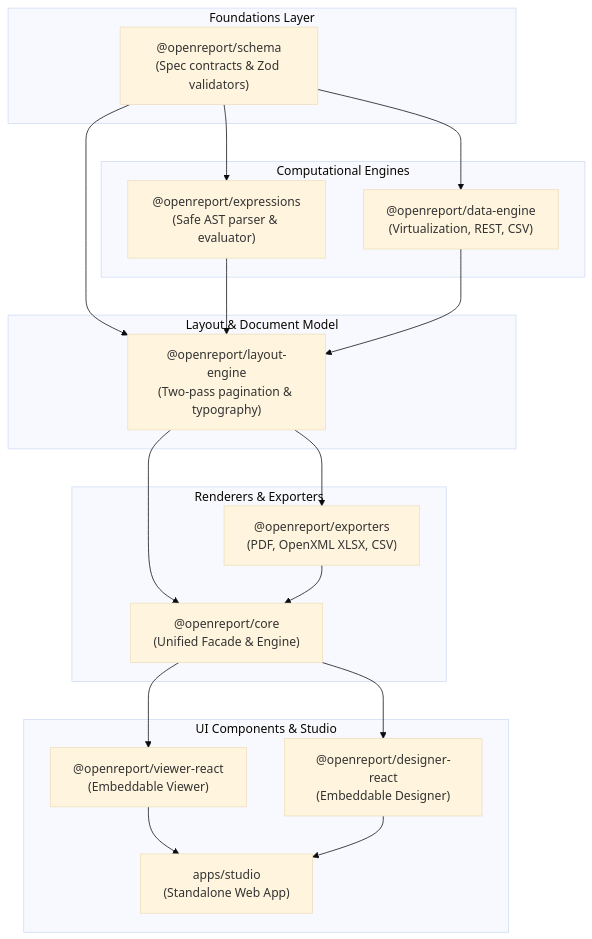
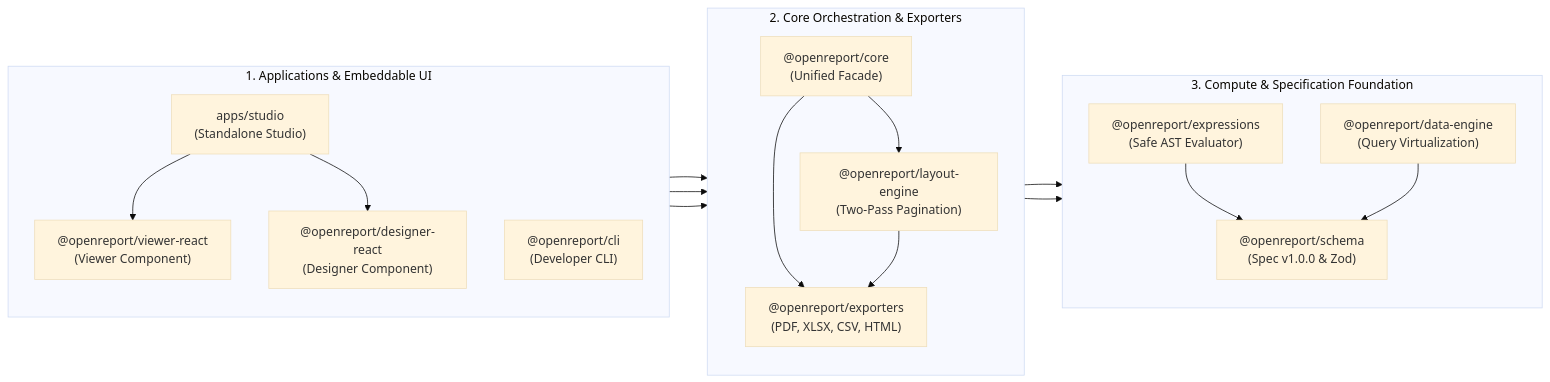
Before and after one commit to ssoad/OpenReport: the third of 3 diagrams in docs/ARCHITECTURE.md, drawn with Mermaid (base theme). The commit also changed other lines of this file and 1 other file, not shown here.

Commit message:
fix(docs): refine ARCHITECTURE layout with balanced widescreen pipeline, theme styling, and modern package topology

````diff
--- a/docs/ARCHITECTURE.md
+++ b/docs/ARCHITECTURE.md
@@ -121,39 +73,38 @@
 ```mermaid
-flowchart TD
-    subgraph Layer0 ["Foundations Layer"]
-        SCHEMA["@openreport/schema<br/>(Spec contracts & Zod validators)"]
+flowchart LR
+    subgraph UI ["1. Applications & Embeddable UI"]
+        direction TB
+        STUDIO["apps/studio<br/>(Standalone Studio)"]
+        CLI["@openreport/cli<br/>(Developer CLI)"]
+        VIEWER["@openreport/viewer-react<br/>(Viewer Component)"]
+        DESIGNER["@openreport/designer-react<br/>(Designer Component)"]
+        STUDIO --> VIEWER
+        STUDIO --> DESIGNER
     end
 
-    subgraph Layer1 ["Computational Engines"]
-        EXPR["@openreport/expressions<br/>(Safe AST parser & evaluator)"]
-        DATA["@openreport/data-engine<br/>(Virtualization, REST, CSV)"]
+    subgraph Core ["2. Core Orchestration & Exporters"]
+        direction TB
+        FACADE["@openreport/core<br/>(Unified Facade)"]
+        LAYOUT["@openreport/layout-engine<br/>(Two-Pass Pagination)"]
+        EXPORTERS["@openreport/exporters<br/>(PDF, XLSX, CSV, HTML)"]
+        FACADE --> LAYOUT
+        FACADE --> EXPORTERS
+        LAYOUT --> EXPORTERS
     end
 
-    subgraph Layer2 ["Layout & Document Model"]
-        LAYOUT["@openreport/layout-engine<br/>(Two-pass pagination & typography)"]
+    subgraph Foundation ["3. Compute & Specification Foundation"]
+        direction TB
+        EXPR["@openreport/expressions<br/>(Safe AST Evaluator)"]
+        DATA["@openreport/data-engine<br/>(Query Virtualization)"]
+        SCHEMA["@openreport/schema<br/>(Spec v1.0.0 & Zod)"]
+        EXPR --> SCHEMA
+        DATA --> SCHEMA
     end
 
-    subgraph Layer3 ["Renderers & Exporters"]
-        EXPORTERS["@openreport/exporters<br/>(PDF, OpenXML XLSX, CSV)"]
-        CORE["@openreport/core<br/>(Unified Facade & Engine)"]
-    end
+    VIEWER --> FACADE
+    DESIGNER --> FACADE
+    CLI --> FACADE
 
-    subgraph Layer4 ["UI Components & Studio"]
-        VIEWER["@openreport/viewer-react<br/>(Embeddable Viewer)"]
-        DESIGNER["@openreport/designer-react<br/>(Embeddable Designer)"]
-        STUDIO["apps/studio<br/>(Standalone Web App)"]
-    end
-
-    SCHEMA --> EXPR
-    SCHEMA --> DATA
-    SCHEMA --> LAYOUT
-    EXPR --> LAYOUT
-    DATA --> LAYOUT
-    LAYOUT --> EXPORTERS
-    LAYOUT --> CORE
-    EXPORTERS --> CORE
-    CORE --> VIEWER
-    CORE --> DESIGNER
-    VIEWER --> STUDIO
-    DESIGNER --> STUDIO
+    LAYOUT --> EXPR
+    LAYOUT --> DATA
 ```
````
